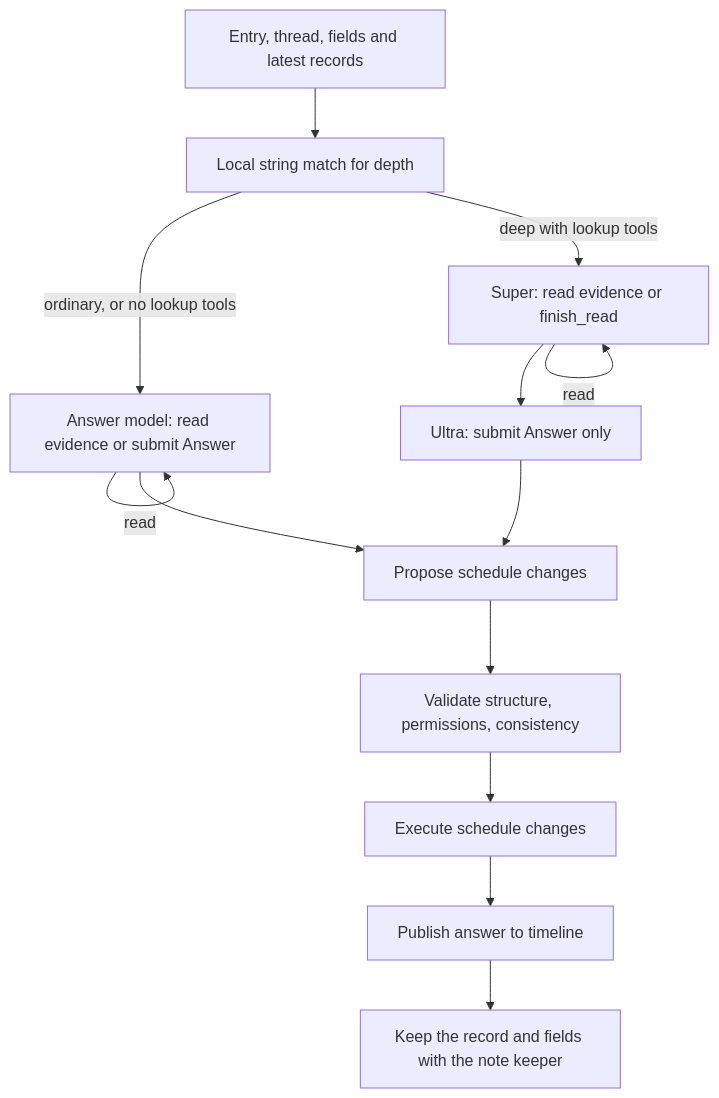
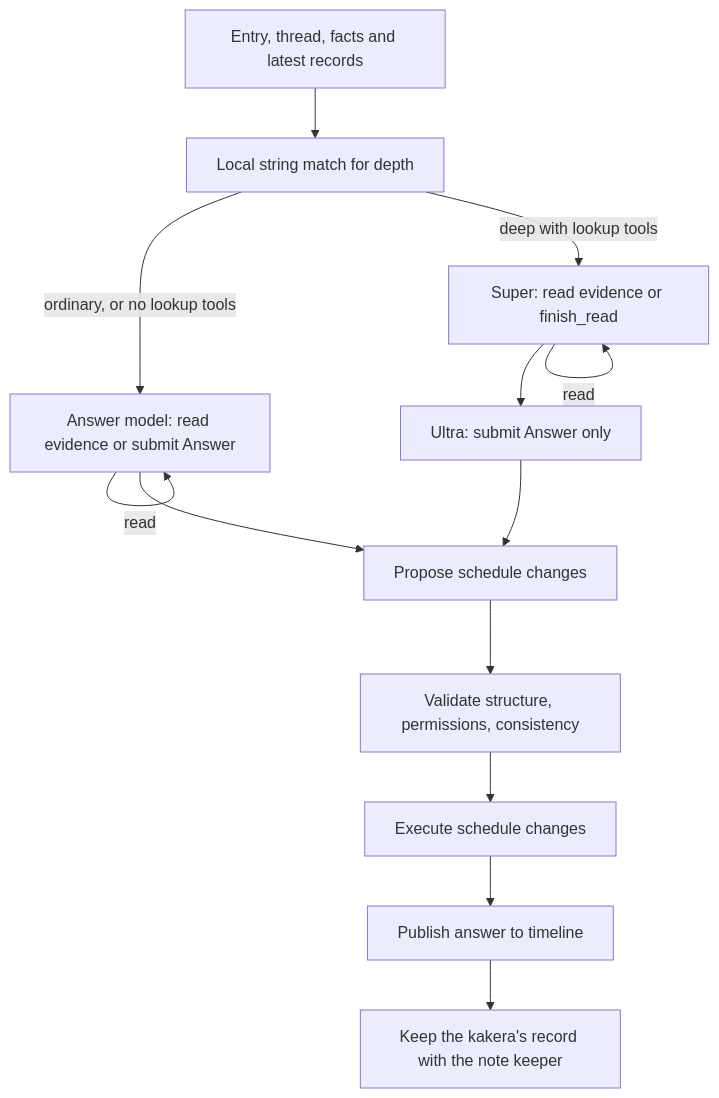
Before and after one commit to takeshy/kakeratta: the diagram in docs/system/personas.md, drawn with Mermaid. The commit also changed other lines of this file and 59 other files, not shown here.

````diff
--- a/docs/system/personas.md
+++ b/docs/system/personas.md
@@ -149,15 +148,15 @@
 ```mermaid
 flowchart TD
-  Input[Entry, thread, fields and latest records] --> Depth[Local string match for depth]
+  Input[Entry, thread, facts and latest records] --> Depth[Local string match for depth]
   Depth -->|ordinary, or no lookup tools| Answer[Answer model: read evidence or submit Answer]
   Answer -->|read| Answer
   Depth -->|deep with lookup tools| Read[Super: read evidence or finish_read]
   Read -->|read| Read
   Read --> Final[Ultra: submit Answer only]
   Final --> Phases
   Answer --> Phases[Propose schedule changes]
   Phases --> Review[Validate structure, permissions, consistency]
   Review --> Execute[Execute schedule changes]
   Execute --> Publish[Publish answer to timeline]
-  Publish --> Keeper[Keep the record and fields with the note keeper]
+  Publish --> Keeper[Keep the kakera's record with the note keeper]
 ```
````
